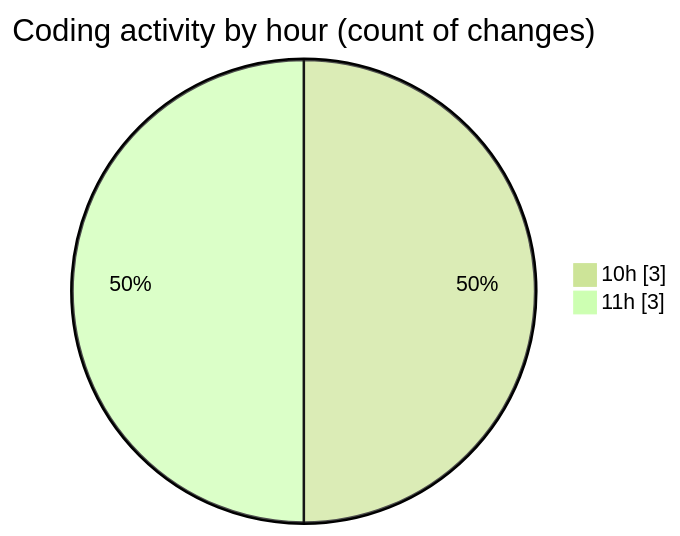
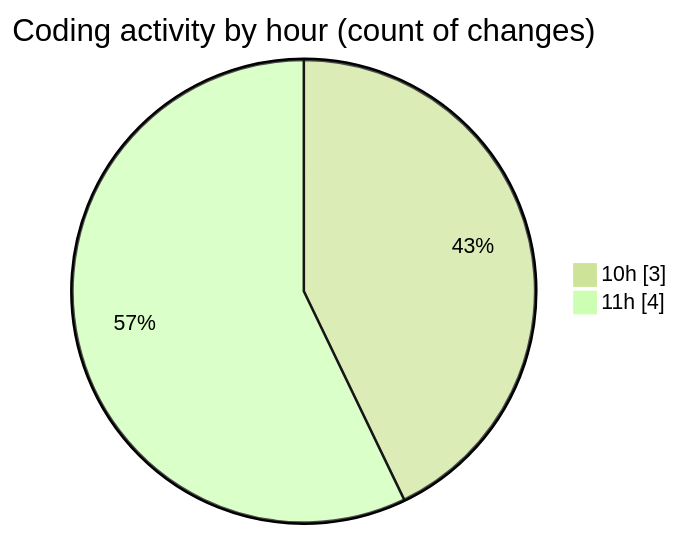
One commit to EIIisD/code-tracking changed the second of 2 diagrams in 2025-08-14/ribbon/README.md. Above: the diagram before and after it, drawn with Mermaid (forest theme). The commit also changed other lines of this file and 1 other file, not shown here.

````diff
--- a/2025-08-14/ribbon/README.md
+++ b/2025-08-14/ribbon/README.md
@@ -31,6 +31,6 @@
 ```mermaid
 pie showData
 title Coding activity by hour (count of changes)
 "10h" : 3
-"11h" : 3
+"11h" : 4
 ```
````
